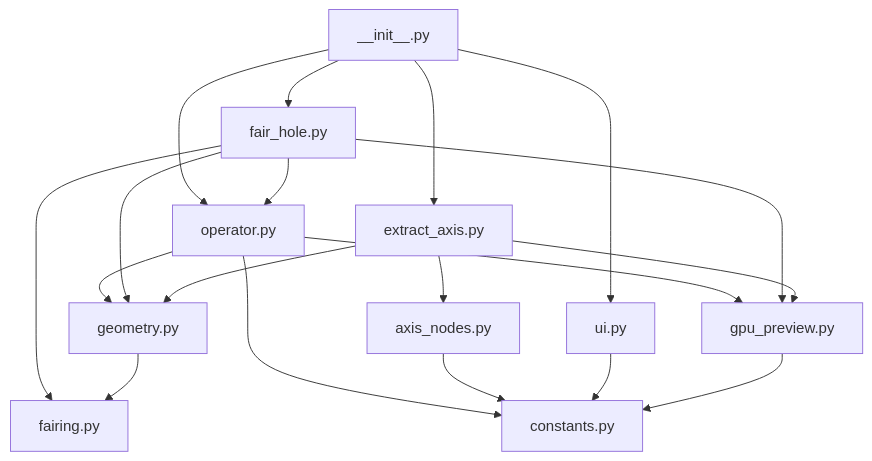
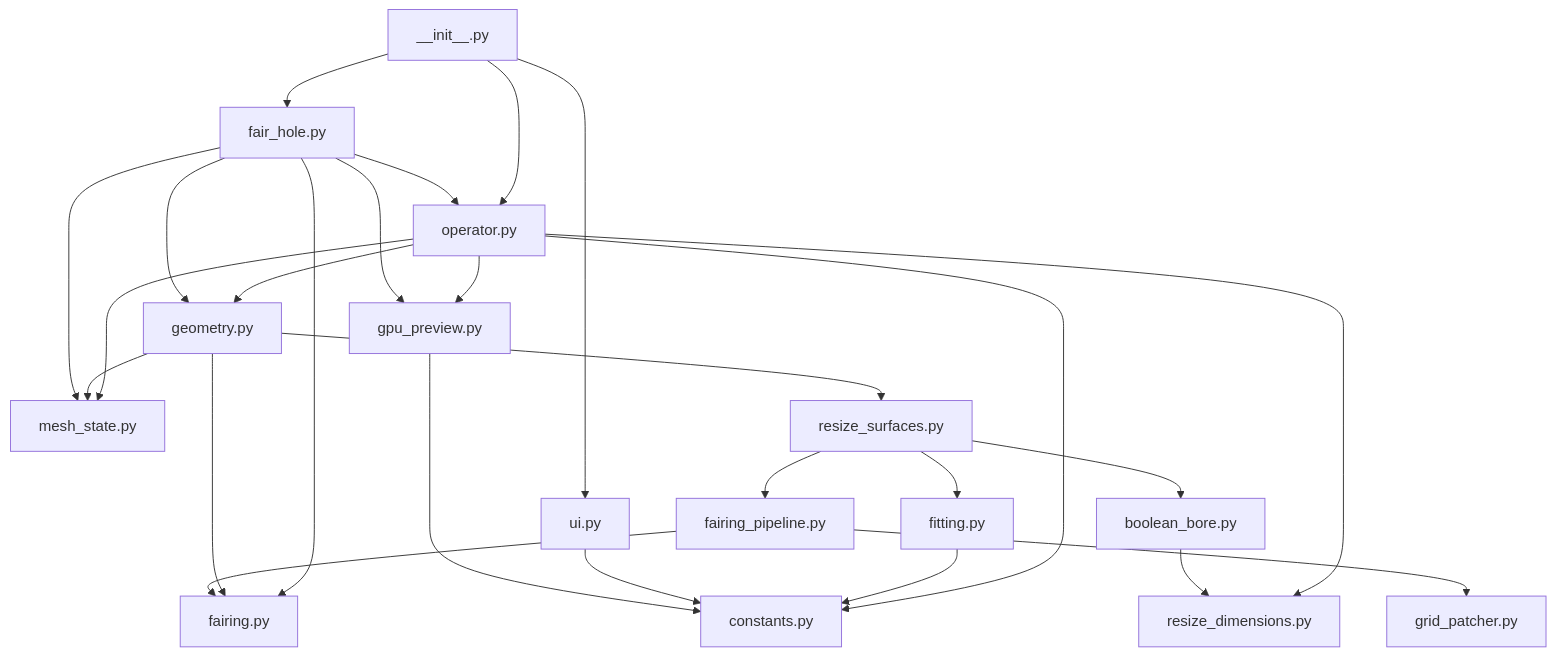
One commit to amoose136/holey-tools changed the diagram in src/docs/architecture.md. Above: the diagram before and after it, drawn with Mermaid. The commit also changed other lines of this file and 3 other files, not shown here.

````diff
--- a/src/docs/architecture.md
+++ b/src/docs/architecture.md
@@ -26,21 +44,28 @@
 ```mermaid
 flowchart TD
     Entry[__init__.py] --> Operator[operator.py]
     Entry --> FairOperator[fair_hole.py]
-    Entry --> Extract[extract_axis.py]
     Entry --> UI[ui.py]
     Operator --> Geometry[geometry.py]
     Operator --> Preview[gpu_preview.py]
     Operator --> Constants[constants.py]
+    Operator --> Dimensions[resize_dimensions.py]
+    Operator --> MeshState[mesh_state.py]
+    Geometry --> MeshState
+    FairOperator --> MeshState
     FairOperator --> Fairing[fairing.py]
     FairOperator --> Geometry
     FairOperator --> Preview
     FairOperator --> Operator
     Geometry --> Fairing
-    Extract --> AxisNodes[axis_nodes.py]
-    Extract --> Geometry
-    Extract --> Preview
-    AxisNodes --> Constants
+    Geometry --> Surfaces[resize_surfaces.py]
+    Surfaces --> Fitting[fitting.py]
+    Surfaces --> Bore[boolean_bore.py]
+    Surfaces --> Pipeline[fairing_pipeline.py]
+    Bore --> Dimensions
+    Pipeline --> Fairing
+    Pipeline --> Grid[grid_patcher.py]
+    Fitting --> Constants
     UI --> Constants
     Preview --> Constants
 ```
````
